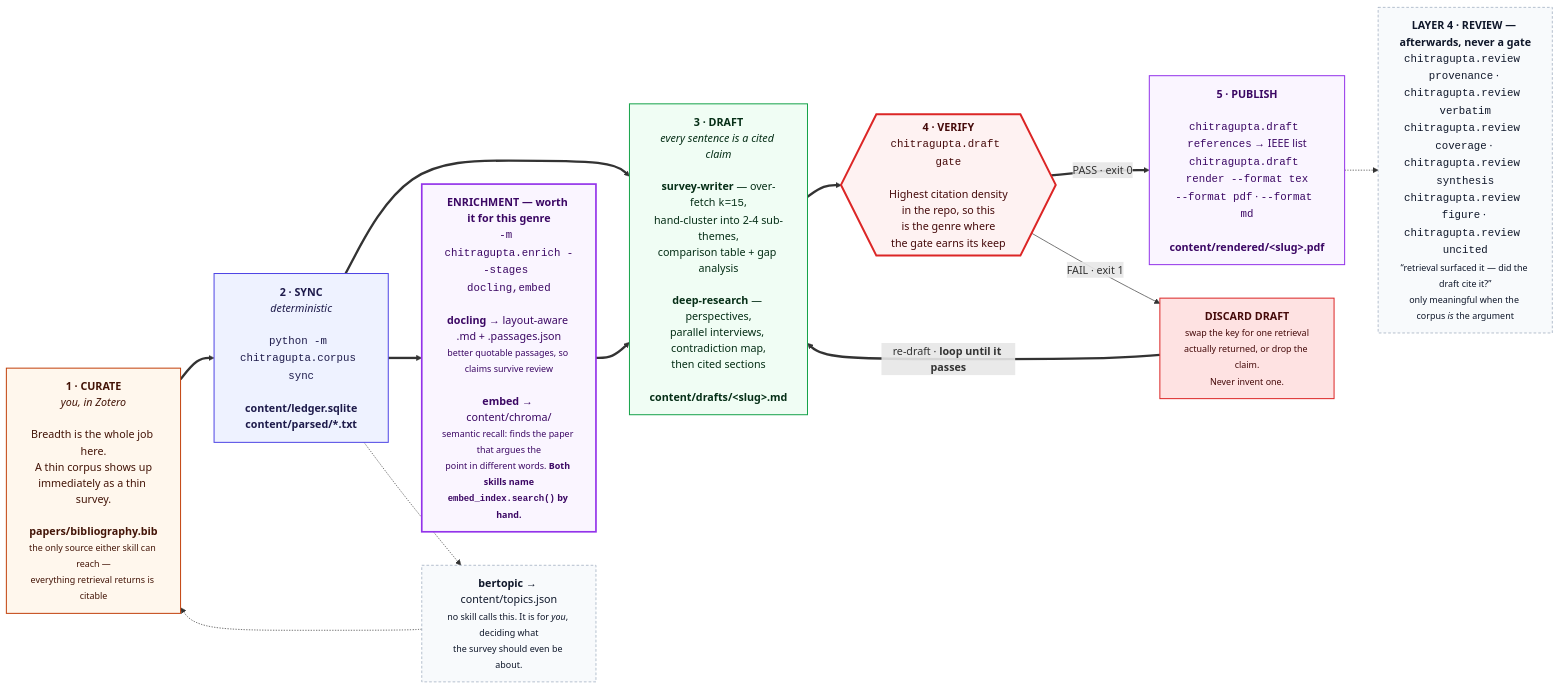
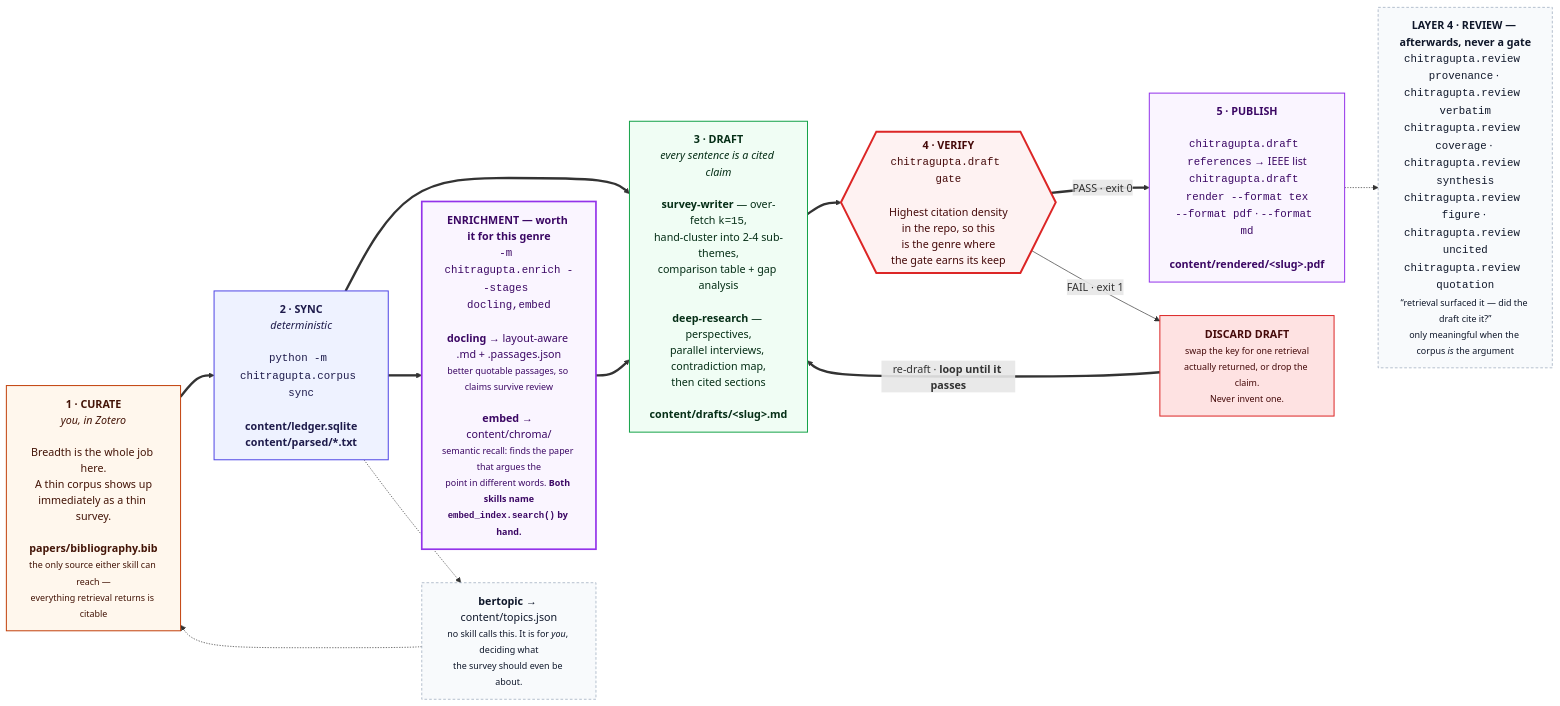
One commit to prasadtalasila/chitragupta changed the seventh of 11 diagrams in docs/DIAGRAMS.md. Above: the diagram before and after it, drawn with Mermaid. The commit also changed other lines of this file and 34 other files, not shown here.

````diff
--- a/docs/DIAGRAMS.md
+++ b/docs/DIAGRAMS.md
@@ -677,47 +678,47 @@
 ```mermaid
 flowchart LR
 
   P0["<b>1 · CURATE</b><br/><i>you, in Zotero</i><br/><br/>Breadth is the whole job here.<br/>A thin corpus shows up<br/>immediately as a thin survey.<br/><br/><b>papers/bibliography.bib</b><br/><small>the only source either skill can reach —<br/>everything retrieval returns is citable</small>"]
 
   P1["<b>2 · SYNC</b><br/><i>deterministic</i><br/><br/><code>python -m chitragupta.corpus sync</code><br/><br/><b>content/ledger.sqlite</b><br/><b>content/parsed/*.txt</b>"]
 
   HEAVY["<b>ENRICHMENT — worth it for this genre</b><br/><code>-m chitragupta.enrich --stages docling,embed</code><br/><br/><b>docling</b> → layout-aware .md + .passages.json<br/><small>better quotable passages, so claims survive review</small><br/><br/><b>embed</b> → content/chroma/<br/><small>semantic recall: finds the paper that argues the<br/>point in different words. <b>Both skills name<br/><code>embed_index.search()</code> by hand.</b></small>"]
 
   P2["<b>3 · DRAFT</b><br/><i>every sentence is a cited claim</i><br/><br/><b>survey-writer</b> — over-fetch <code>k=15</code>,<br/>hand-cluster into 2-4 sub-themes,<br/>comparison table + gap analysis<br/><br/><b>deep-research</b> — perspectives,<br/>parallel interviews, contradiction map,<br/>then cited sections<br/><br/><b>content/drafts/&lt;slug&gt;.md</b>"]
 
   P3{{"<b>4 · VERIFY</b><br/><code>chitragupta.draft gate</code><br/><br/>Highest citation density<br/>in the repo, so this<br/>is the genre where<br/>the gate earns its keep"}}
 
   FIX["<b>DISCARD DRAFT</b><br/><small>swap the key for one retrieval<br/>actually returned, or drop the claim.<br/>Never invent one.</small>"]
 
   P4["<b>5 · PUBLISH</b><br/><br/><code>chitragupta.draft references</code> → IEEE list<br/><code>chitragupta.draft render --format tex</code><br/><code>--format pdf</code> · <code>--format md</code><br/><br/><b>content/rendered/&lt;slug&gt;.pdf</b>"]
 
-  AID["<b>LAYER 4 · REVIEW — afterwards, never a gate</b><br/><code>chitragupta.review provenance</code> · <code>chitragupta.review verbatim</code><br/><code>chitragupta.review coverage</code> · <code>chitragupta.review synthesis</code><br/><code>chitragupta.review figure</code> · <code>chitragupta.review uncited</code><br/><small>“retrieval surfaced it — did the draft cite it?”<br/>only meaningful when the corpus <i>is</i> the argument</small>"]
+  AID["<b>LAYER 4 · REVIEW — afterwards, never a gate</b><br/><code>chitragupta.review provenance</code> · <code>chitragupta.review verbatim</code><br/><code>chitragupta.review coverage</code> · <code>chitragupta.review synthesis</code><br/><code>chitragupta.review figure</code> · <code>chitragupta.review uncited</code><br/><code>chitragupta.review quotation</code><br/><small>“retrieval surfaced it — did the draft cite it?”<br/>only meaningful when the corpus <i>is</i> the argument</small>"]
 
   BERT["<b>bertopic</b> → content/topics.json<br/><small>no skill calls this. It is for <i>you</i>, deciding what<br/>the survey should even be about.</small>"]
 
   P0 ==> P1 ==> P2 ==> P3
   P1 ==> HEAVY ==> P2
   P3 == "PASS · exit 0" ==> P4
   P3 -- "FAIL · exit 1" --> FIX
   FIX == "re-draft · <b>loop until it passes</b>" ==> P2
   P4 -.-> AID
   P1 -.-> BERT -.-> P0
 
   classDef you fill:#fff7ed,stroke:#c2410c,stroke-width:1.5px,color:#431407
   classDef det fill:#eef2ff,stroke:#4f46e5,stroke-width:1.5px,color:#1e1b4b
   classDef gen fill:#f0fdf4,stroke:#16a34a,stroke-width:1.5px,color:#052e16
   classDef gate fill:#fef2f2,stroke:#dc2626,stroke-width:3px,color:#450a0a
   classDef out fill:#faf5ff,stroke:#9333ea,stroke-width:1.5px,color:#3b0764
   classDef bad fill:#fee2e2,stroke:#dc2626,stroke-width:1.5px,color:#450a0a
   classDef heavy fill:#faf5ff,stroke:#9333ea,stroke-width:2.5px,color:#3b0764
   classDef aid fill:#f8fafc,stroke:#94a3b8,stroke-dasharray:4 3,color:#0f172a
 
   class P0 you
   class P1 det
   class P2 gen
   class P3 gate
   class P4 out
   class FIX bad
   class HEAVY heavy
   class AID,BERT aid
 ```
````
